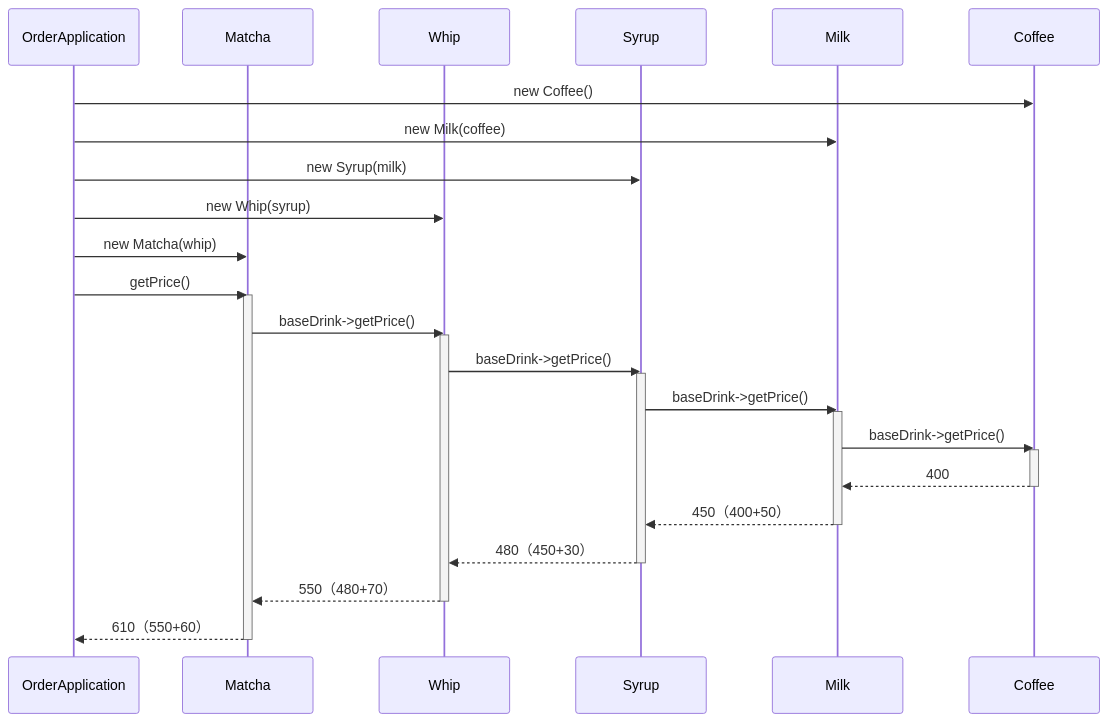
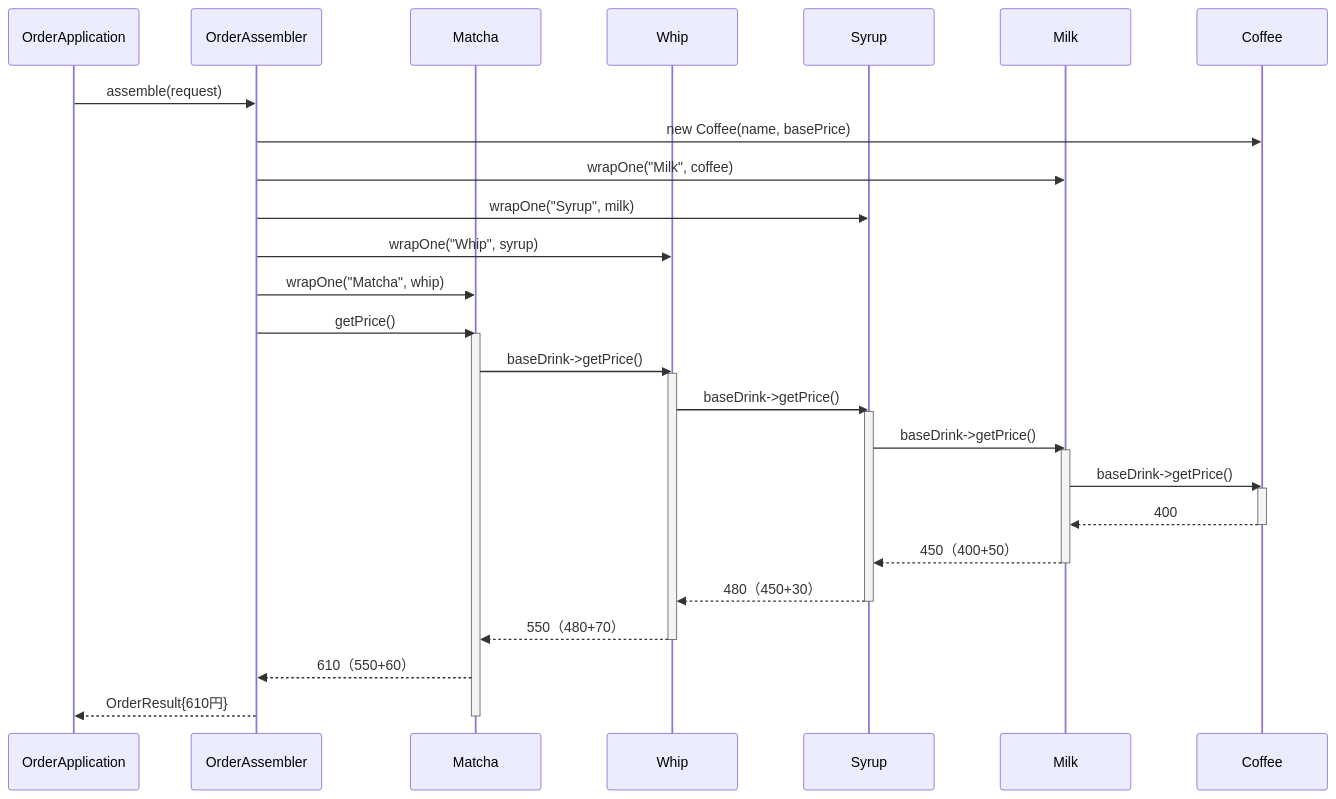
Before and after one commit to kumachan1101-pixel/DesignPattern: diagram 13 of 16 in kindle/design-patterns/output/chapter06.md, drawn with Mermaid. The commit also changed other lines of this file and 2 other files, not shown here.

````diff
--- a/kindle/design-patterns/output/chapter06.md
+++ b/kindle/design-patterns/output/chapter06.md
@@ -1496,35 +1499,38 @@
 ```mermaid
 sequenceDiagram
     participant OA as OrderApplication
+    participant AS as OrderAssembler
     participant Ma as Matcha
     participant Wh as Whip
     participant Sy as Syrup
     participant Mi as Milk
     participant C as Coffee
 
-    OA->>C: new Coffee()
-    OA->>Mi: new Milk(coffee)
-    OA->>Sy: new Syrup(milk)
-    OA->>Wh: new Whip(syrup)
-    OA->>Ma: new Matcha(whip)
-    OA->>Ma: getPrice()
+    OA->>AS: assemble(request)
+    AS->>C: new Coffee(name, basePrice)
+    AS->>Mi: wrapOne("Milk", coffee)
+    AS->>Sy: wrapOne("Syrup", milk)
+    AS->>Wh: wrapOne("Whip", syrup)
+    AS->>Ma: wrapOne("Matcha", whip)
+    AS->>Ma: getPrice()
     activate Ma
     Ma->>Wh: baseDrink->getPrice()
     activate Wh
     Wh->>Sy: baseDrink->getPrice()
     activate Sy
     Sy->>Mi: baseDrink->getPrice()
     activate Mi
     Mi->>C: baseDrink->getPrice()
     activate C
     C-->>Mi: 400
     deactivate C
     Mi-->>Sy: 450（400+50）
     deactivate Mi
     Sy-->>Wh: 480（450+30）
     deactivate Sy
     Wh-->>Ma: 550（480+70）
     deactivate Wh
-    Ma-->>OA: 610（550+60）
+    Ma-->>AS: 610（550+60）
+    AS-->>OA: OrderResult{610円}
     deactivate Ma
 ```
````
